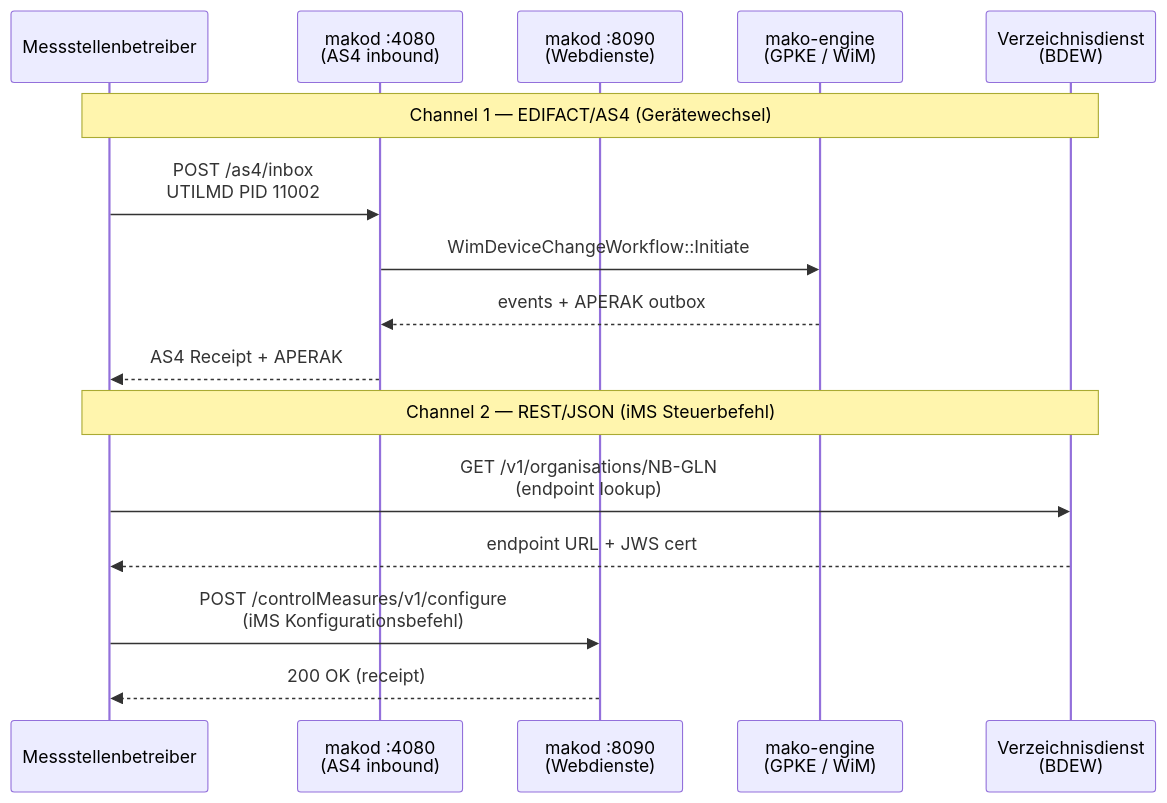
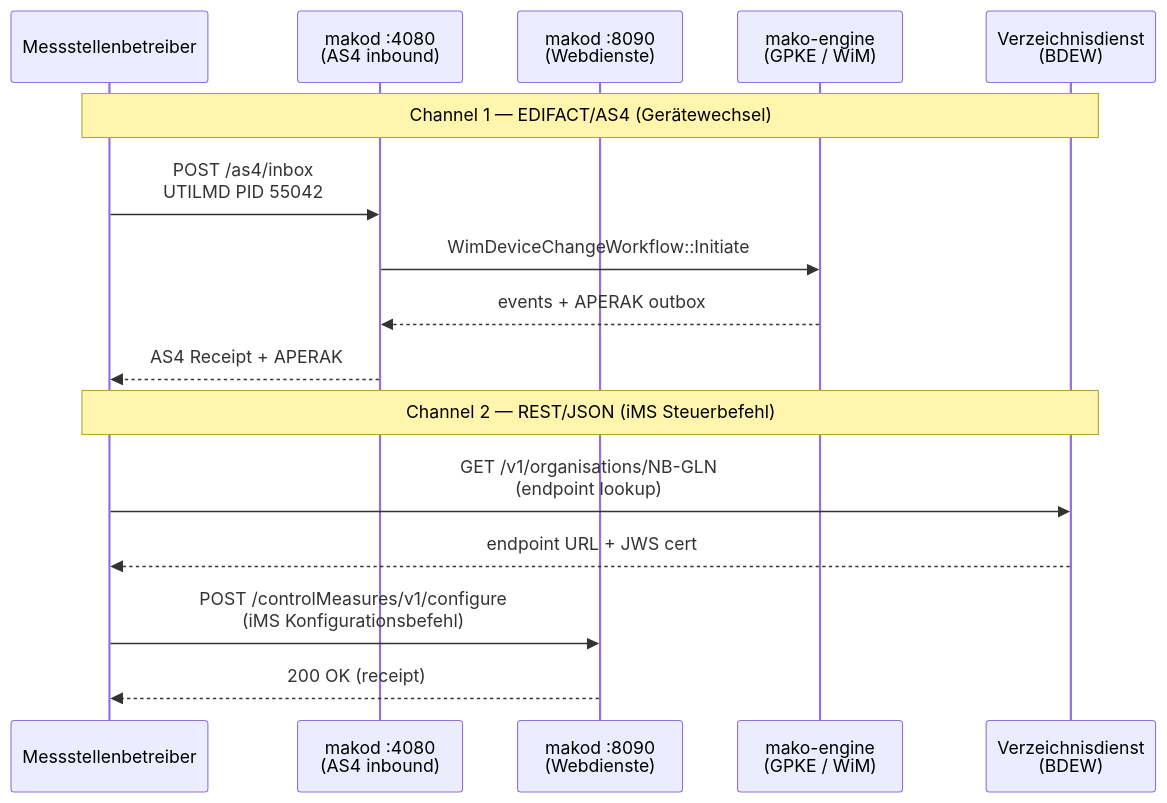
The second of 2 diagrams in site/content/docs/architecture/api-webdienste.md (hupe1980/mako), drawn with Mermaid before and after one commit. The commit also changed other lines of this file and 164 other files, not shown here.

````diff
--- a/site/content/docs/architecture/api-webdienste.md
+++ b/site/content/docs/architecture/api-webdienste.md
@@ -115,20 +115,20 @@
 ```mermaid
 sequenceDiagram
     participant MSB as Messstellenbetreiber
     participant NB_AS4 as makod :4080<br/>(AS4 inbound)
     participant NB_WEB as makod :8090<br/>(Webdienste)
     participant engine as mako-engine<br/>(GPKE / WiM)
     participant dir as Verzeichnisdienst<br/>(BDEW)
 
     Note over MSB,dir: Channel 1 — EDIFACT/AS4 (Gerätewechsel)
-    MSB->>NB_AS4: POST /as4/inbox<br/>UTILMD PID 11002
+    MSB->>NB_AS4: POST /as4/inbox<br/>UTILMD PID 55042
     NB_AS4->>engine: WimDeviceChangeWorkflow::Initiate
     engine-->>NB_AS4: events + APERAK outbox
     NB_AS4-->>MSB: AS4 Receipt + APERAK
 
     Note over MSB,dir: Channel 2 — REST/JSON (iMS Steuerbefehl)
     MSB->>dir: GET /v1/organisations/NB-GLN<br/>(endpoint lookup)
     dir-->>MSB: endpoint URL + JWS cert
     MSB->>NB_WEB: POST /controlMeasures/v1/configure<br/>(iMS Konfigurationsbefehl)
     NB_WEB-->>MSB: 200 OK (receipt)
 ```
````
